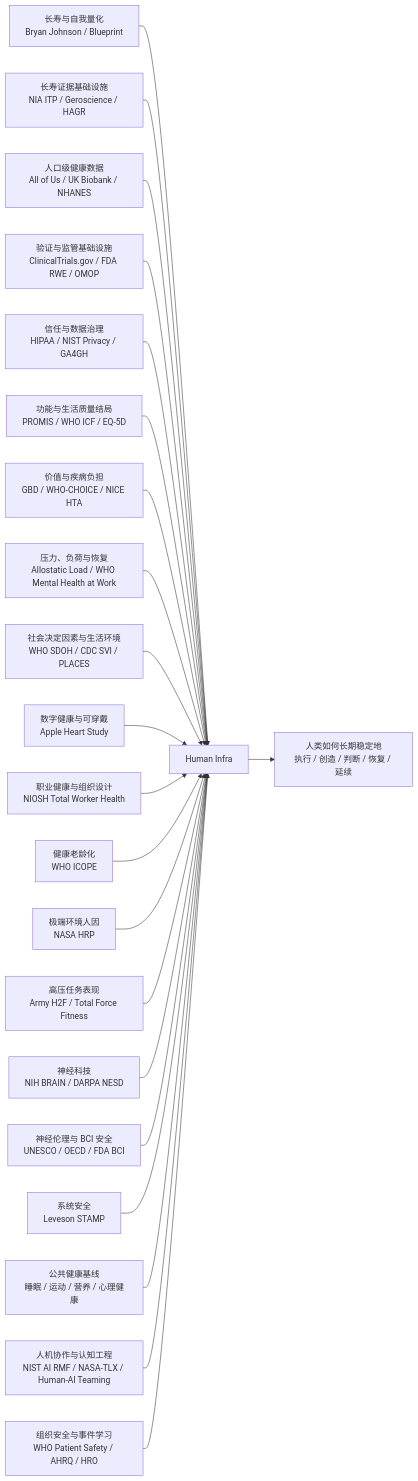
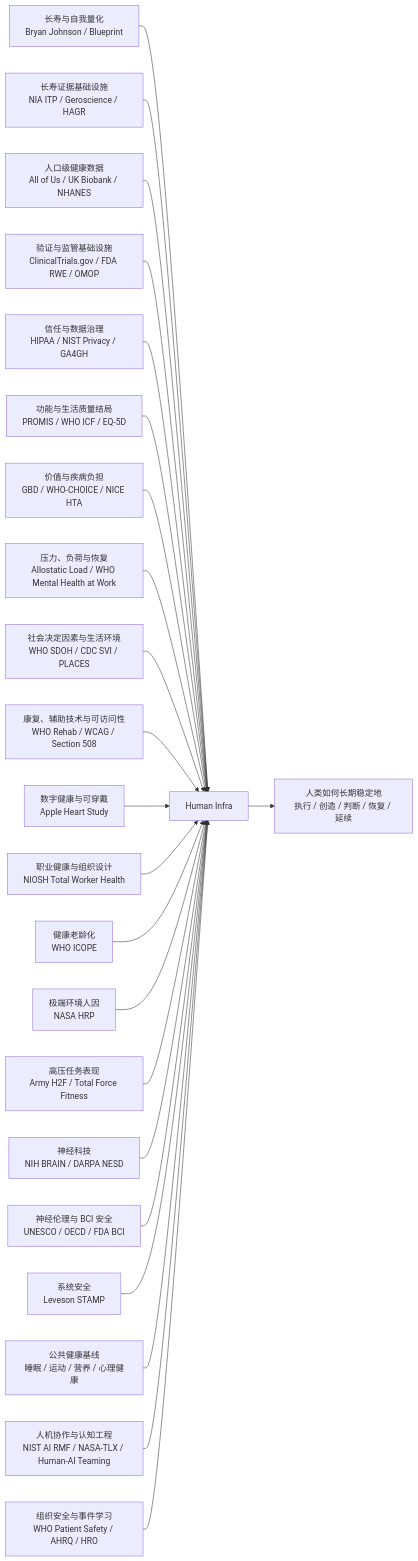
One commit to 123olp/ys changed the first of 4 diagrams in README.md. Above: the diagram before and after it, drawn with Mermaid. The commit also changed other lines of this file and 2 other files, not shown here.

````diff
--- a/README.md
+++ b/README.md
@@ -22,25 +22,26 @@
 ```mermaid
 flowchart LR
     A[长寿与自我量化<br/>Bryan Johnson / Blueprint] --> H[Human Infra]
     L[长寿证据基础设施<br/>NIA ITP / Geroscience / HAGR] --> H
     P[人口级健康数据<br/>All of Us / UK Biobank / NHANES] --> H
     R[验证与监管基础设施<br/>ClinicalTrials.gov / FDA RWE / OMOP] --> H
     T[信任与数据治理<br/>HIPAA / NIST Privacy / GA4GH] --> H
     Q[功能与生活质量结局<br/>PROMIS / WHO ICF / EQ-5D] --> H
     V[价值与疾病负担<br/>GBD / WHO-CHOICE / NICE HTA] --> H
     S[压力、负荷与恢复<br/>Allostatic Load / WHO Mental Health at Work] --> H
     U[社会决定因素与生活环境<br/>WHO SDOH / CDC SVI / PLACES] --> H
+    X[康复、辅助技术与可访问性<br/>WHO Rehab / WCAG / Section 508] --> H
     B[数字健康与可穿戴<br/>Apple Heart Study] --> H
     C[职业健康与组织设计<br/>NIOSH Total Worker Health] --> H
     D[健康老龄化<br/>WHO ICOPE] --> H
     E[极端环境人因<br/>NASA HRP] --> H
     F[高压任务表现<br/>Army H2F / Total Force Fitness] --> H
     G[神经科技<br/>NIH BRAIN / DARPA NESD] --> H
     N[神经伦理与 BCI 安全<br/>UNESCO / OECD / FDA BCI] --> H
     I[系统安全<br/>Leveson STAMP] --> H
     K[公共健康基线<br/>睡眠 / 运动 / 营养 / 心理健康] --> H
     M[人机协作与认知工程<br/>NIST AI RMF / NASA-TLX / Human-AI Teaming] --> H
     O[组织安全与事件学习<br/>WHO Patient Safety / AHRQ / HRO] --> H
 
     H --> J[人类如何长期稳定地<br/>执行 / 创造 / 判断 / 恢复 / 延续]
 ```
````
